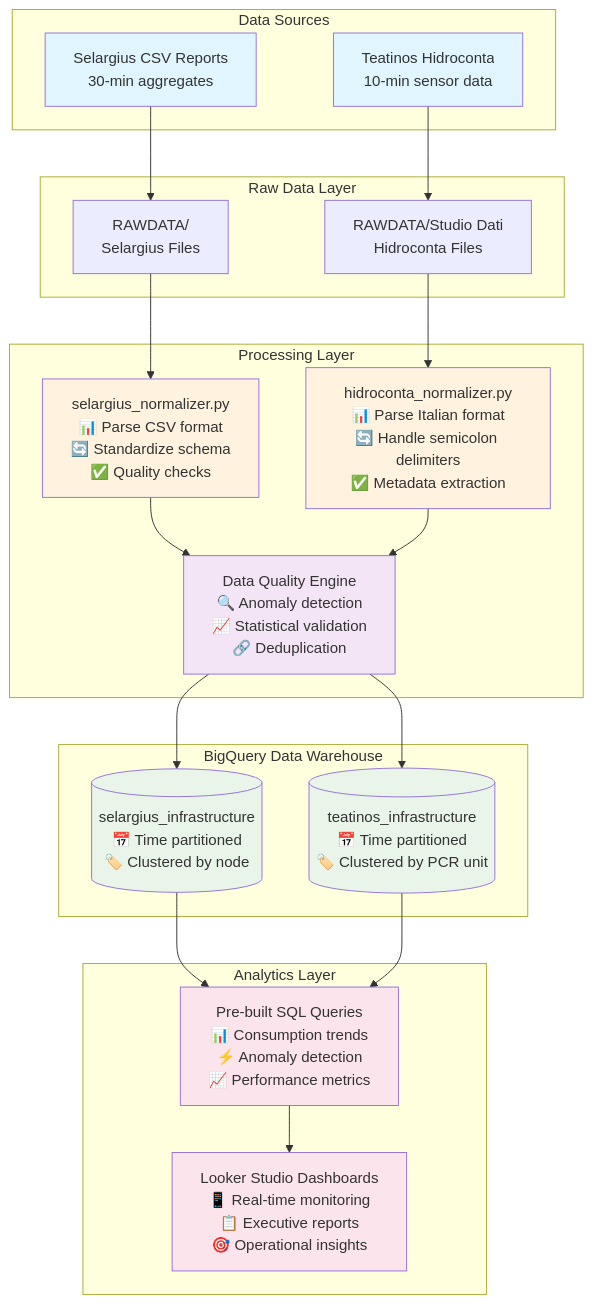
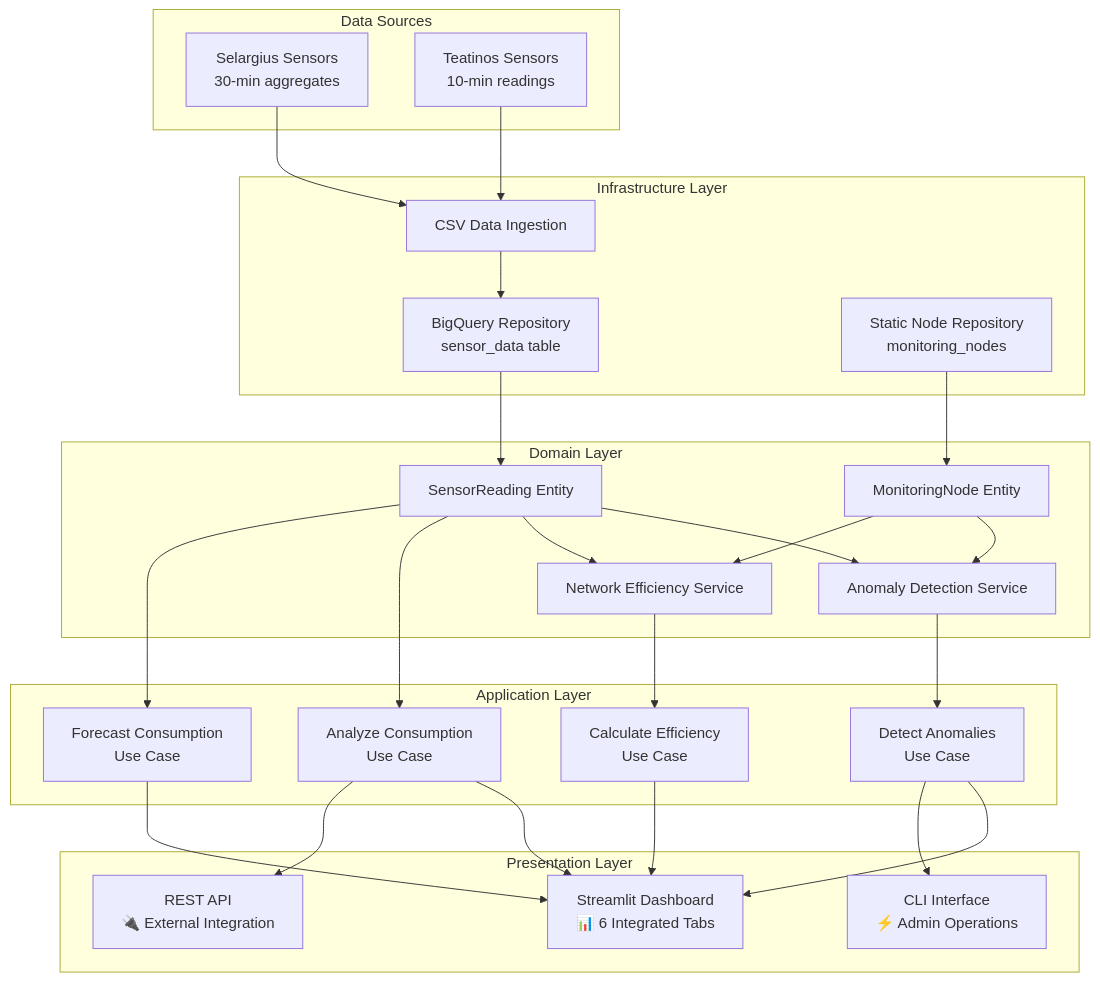
One commit to AIgen-Solutions-s-r-l/abbanoa-water-analysis changed the third of 3 diagrams in README.md. Above: the diagram before and after it, drawn with Mermaid. The commit also changed other lines of this file and 9 other files, not shown here.

First line of the commit message:
chore(release): v1.0.0 - DDD architecture with integrated dashboard

````diff
--- a/README.md
+++ b/README.md
@@ -89,51 +107,53 @@
 ```mermaid
 flowchart TD
     subgraph "Data Sources"
-        A1[Selargius CSV Reports<br/>30-min aggregates]
-        A2[Teatinos Hidroconta<br/>10-min sensor data]
+        A1[Selargius Sensors<br/>30-min aggregates]
+        A2[Teatinos Sensors<br/>10-min readings]
     end
     
-    subgraph "Raw Data Layer"
-        B1[RAWDATA/<br/>Selargius Files]
-        B2[RAWDATA/Studio Dati<br/>Hidroconta Files]
+    subgraph "Infrastructure Layer"
+        B1[CSV Data Ingestion]
+        B2[BigQuery Repository<br/>sensor_data table]
+        B3[Static Node Repository<br/>monitoring_nodes]
     end
     
-    subgraph "Processing Layer"
-        C1[selargius_normalizer.py<br/>📊 Parse CSV format<br/>🔄 Standardize schema<br/>✅ Quality checks]
-        C2[hidroconta_normalizer.py<br/>📊 Parse Italian format<br/>🔄 Handle semicolon delimiters<br/>✅ Metadata extraction]
-        
-        C3[Data Quality Engine<br/>🔍 Anomaly detection<br/>📈 Statistical validation<br/>🔗 Deduplication]
+    subgraph "Domain Layer"
+        C1[MonitoringNode Entity]
+        C2[SensorReading Entity]
+        C3[Anomaly Detection Service]
+        C4[Network Efficiency Service]
     end
     
-    subgraph "BigQuery Data Warehouse"
-        D1[(selargius_infrastructure<br/>📅 Time partitioned<br/>🏷️ Clustered by node)]
-        D2[(teatinos_infrastructure<br/>📅 Time partitioned<br/>🏷️ Clustered by PCR unit)]
+    subgraph "Application Layer"
+        D1[Analyze Consumption<br/>Use Case]
+        D2[Detect Anomalies<br/>Use Case]
+        D3[Calculate Efficiency<br/>Use Case]
+        D4[Forecast Consumption<br/>Use Case]
     end
     
-    subgraph "Analytics Layer"
-        E1[Pre-built SQL Queries<br/>📊 Consumption trends<br/>⚡ Anomaly detection<br/>📈 Performance metrics]
-        E2[Looker Studio Dashboards<br/>📱 Real-time monitoring<br/>📋 Executive reports<br/>🎯 Operational insights]
+    subgraph "Presentation Layer"
+        E1[Streamlit Dashboard<br/>📊 6 Integrated Tabs]
+        E2[REST API<br/>🔌 External Integration]
+        E3[CLI Interface<br/>⚡ Admin Operations]
     end
     
     A1 --> B1
-    A2 --> B2
-    B1 --> C1
+    A2 --> B1
+    B1 --> B2
     B2 --> C2
+    B3 --> C1
     C1 --> C3
     C2 --> C3
-    C3 --> D1
+    C1 --> C4
+    C2 --> C4
     C3 --> D2
+    C4 --> D3
+    C2 --> D1
+    C2 --> D4
     D1 --> E1
     D2 --> E1
-    E1 --> E2
-    
-    style A1 fill:#e1f5fe
-    style A2 fill:#e1f5fe
-    style C1 fill:#fff3e0
-    style C2 fill:#fff3e0
-    style C3 fill:#f3e5f5
-    style D1 fill:#e8f5e8
-    style D2 fill:#e8f5e8
-    style E1 fill:#fce4ec
-    style E2 fill:#fce4ec
+    D3 --> E1
+    D4 --> E1
+    D1 --> E2
+    D2 --> E3
 ```
````
